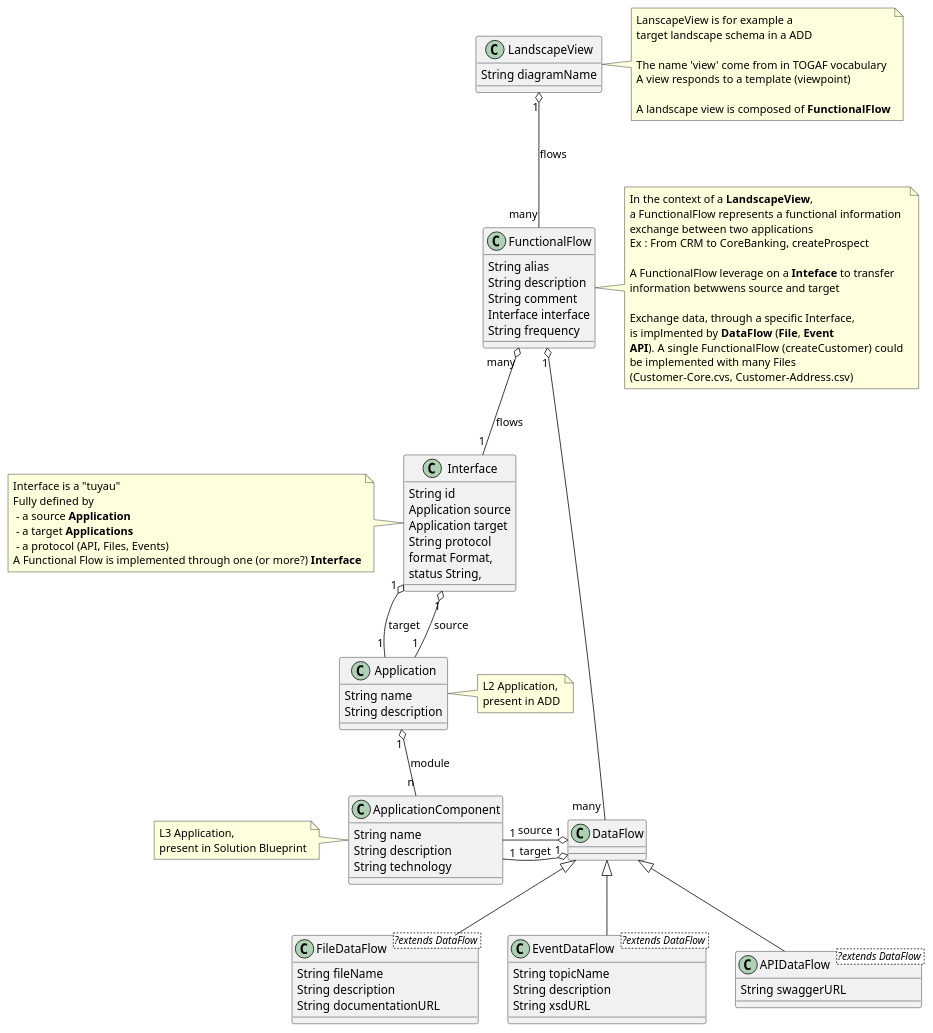
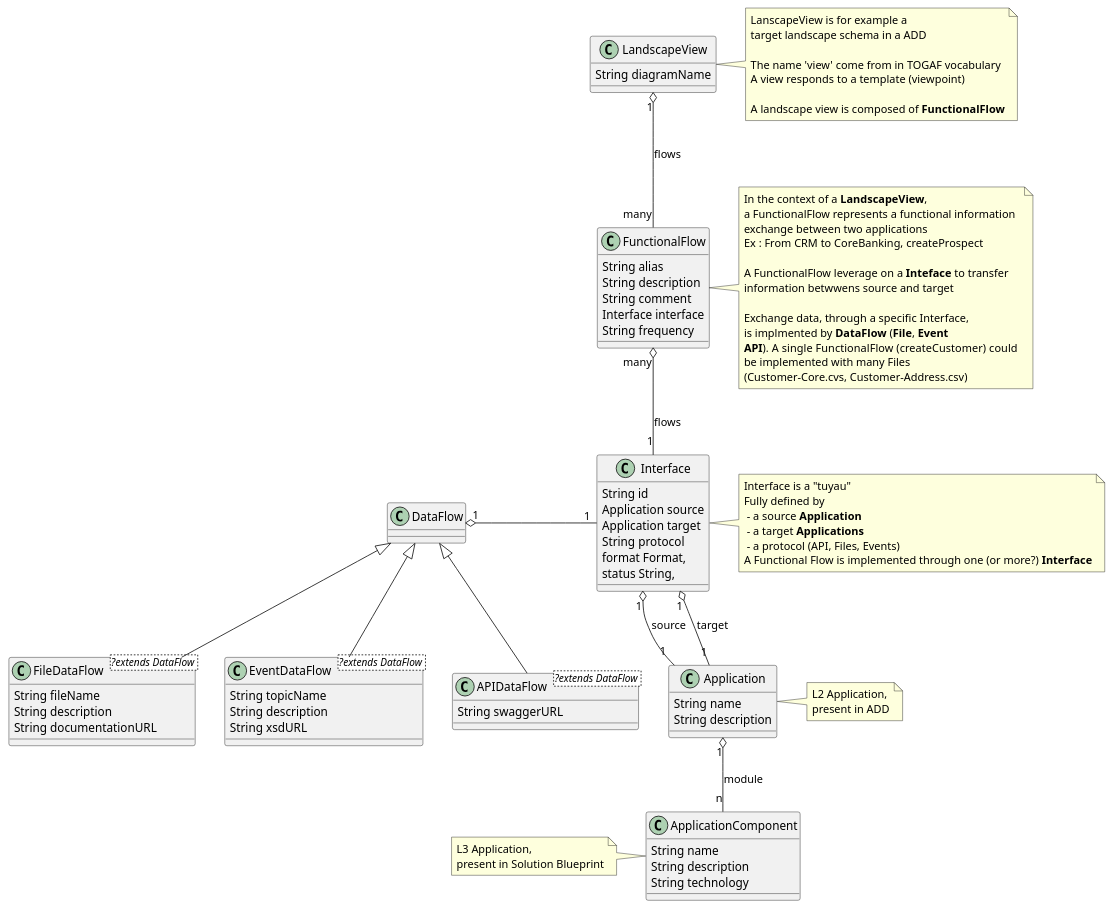
The diagram in documentation/metamodel/plantuml-eadesignit.puml (mauvaisetroupe/ea-design-it), drawn with PlantUML before and after one commit. The commit also changed 8 other files, not shown here.

Commit message:
DataFlow is now connected to Interface, not functional flow. Add readme with PNG to explain metamodel (first version)

```diff
--- a/documentation/metamodel/plantuml-eadesignit.puml
+++ b/documentation/metamodel/plantuml-eadesignit.puml
@@ -1,113 +1,114 @@
 @startuml
 LandscapeView "1" o-down- "many" FunctionalFlow : flows
 FunctionalFlow "many" o-down- "1" Interface : flows
-FunctionalFlow "1" o-- "many" DataFlow
+'FunctionalFlow "1" o-- "many" DataFlow
+DataFlow "1" o-right- "1" Interface
 
 
 
 Interface "1" o-- "1" Application : source
 Interface "1" o-- "1" Application : target
 Application "1" o-- "n" ApplicationComponent : module
 DataFlow <|-- FileDataFlow
 DataFlow <|-- EventDataFlow
 DataFlow <|-- APIDataFlow
 
-DataFlow "1" o-left- "1" ApplicationComponent : source
-DataFlow "1" o-left- "1" ApplicationComponent : target
+'DataFlow "1" o-left- "1" ApplicationComponent : source
+'DataFlow "1" o-left- "1" ApplicationComponent : target
 
 
 
 Class LandscapeView {
    String diagramName 
 }
 note right of LandscapeView
   LanscapeView is for example a 
   target landscape schema in a ADD
   
   The name 'view' come from in TOGAF vocabulary
   A view responds to a template (viewpoint)
 
   A landscape view is composed of <b>FunctionalFlow</b>
 end note 
 
 Class FunctionalFlow {
     String alias
     String description
     String comment
 	Interface interface
 	String frequency
 }
 note right of FunctionalFlow
   In the context of a <b>LandscapeView</b>,
   a FunctionalFlow represents a functional information 
   exchange between two applications
   Ex : From CRM to CoreBanking, createProspect 
   
   A FunctionalFlow leverage on a <b>Inteface</b> to transfer
   information betwwens source and target
 
   Exchange data, through a specific Interface, 
   is implmented by <b>DataFlow</b> (<b>File</b>, <b>Event</b>
   <b>API</b>).  A single FunctionalFlow (createCustomer) could 
   be implemented with many Files 
   (Customer-Core.cvs, Customer-Address.csv)
 end note 
 
 Class Interface {
     String id
     Application source
     Application target
 	String protocol
     format Format,
     status String,
 }
-note left of Interface
+note right of Interface
    Interface is a "tuyau"
    Fully defined by 
     - a source <b>Application</b>
     - a target <b>Applications</b>
     - a protocol (API, Files, Events)
    A Functional Flow is implemented through one (or more?) <b>Interface</b>
 end note
 
 
 Class Application {
 String name
 String description
 }
 note right of Application
    L2 Application, 
    present in ADD
 end note
 
 Class ApplicationComponent {
 String name
 String description
 String technology
 
 }
 note left of ApplicationComponent
    L3 Application, 
    present in Solution Blueprint
 end note
 
 
 Class DataFlow {
 }
 
 Class FileDataFlow <?extends DataFlow > {
    String fileName
    String description
    String documentationURL
 }
 
 Class EventDataFlow <?extends DataFlow > {
    String topicName
    String description
    String xsdURL
 }
 
 Class APIDataFlow <?extends DataFlow > {
    String swaggerURL
 }
 @enduml
```
